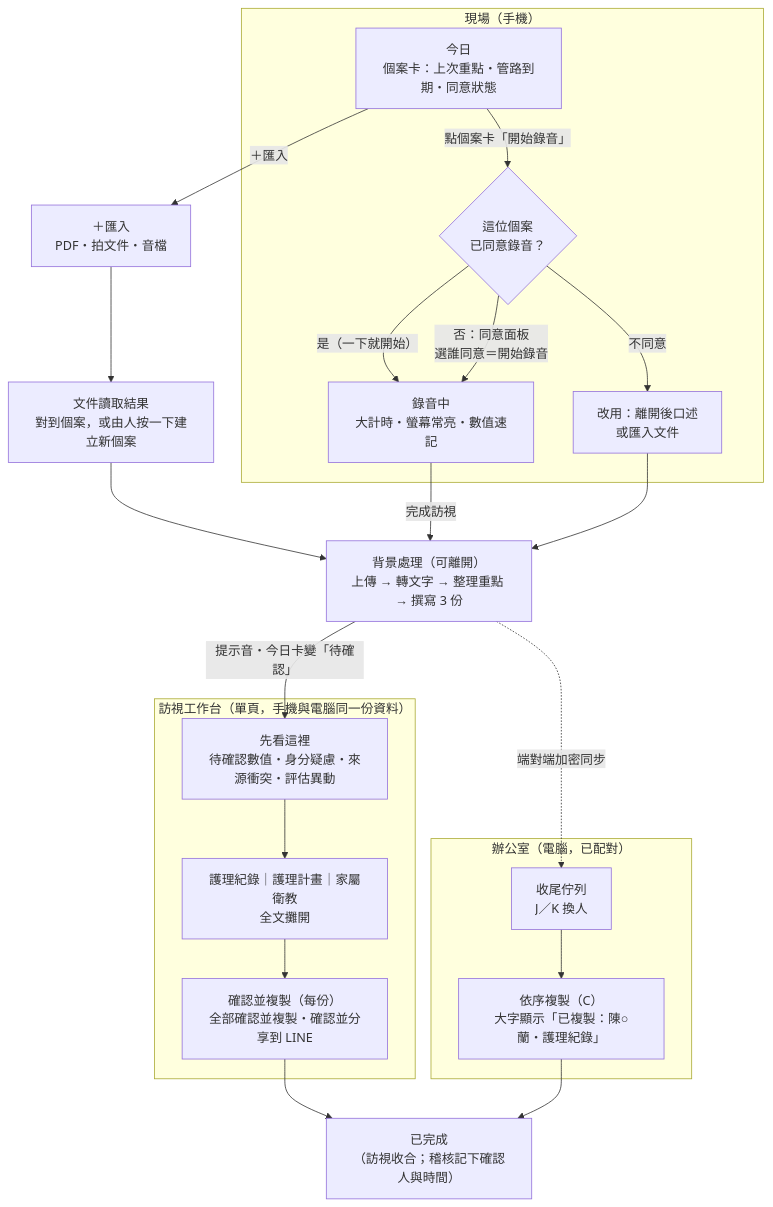
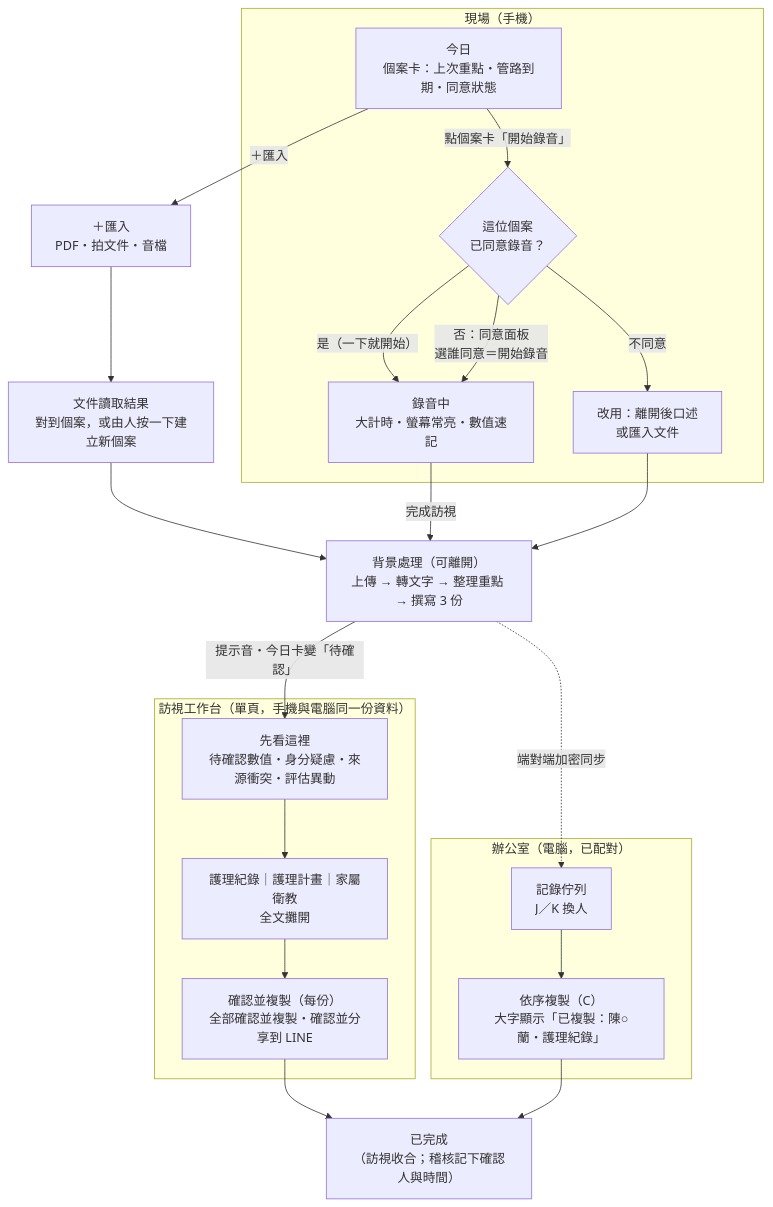
One commit to fanyenping/land changed the first of 5 diagrams in docs/02-user-flow.md. Above: the diagram before and after it, drawn with Mermaid. The commit also changed other lines of this file and 29 other files, not shown here.

````diff
--- a/docs/02-user-flow.md
+++ b/docs/02-user-flow.md
@@ -160,34 +160,34 @@
 ```mermaid
 flowchart TD
   subgraph FIELD["現場（手機）"]
     TODAY["今日<br/>個案卡：上次重點・管路到期・同意狀態"]
     CONSENT{"這位個案<br/>已同意錄音？"}
     REC["錄音中<br/>大計時・螢幕常亮・數值速記"]
     ALT["改用：離開後口述<br/>或匯入文件"]
     TODAY -->|"點個案卡「開始錄音」"| CONSENT
     CONSENT -->|"是（一下就開始）"| REC
     CONSENT -->|"否：同意面板<br/>選誰同意＝開始錄音"| REC
     CONSENT -->|"不同意"| ALT
   end
   IMPORT["＋匯入<br/>PDF・拍文件・音檔"]
   DOCRES["文件讀取結果<br/>對到個案，或由人按一下建立新個案"]
   PIPE["背景處理（可離開）<br/>上傳 → 轉文字 → 整理重點 → 撰寫 3 份"]
   TODAY -->|"＋匯入"| IMPORT --> DOCRES --> PIPE
   REC -->|"完成訪視"| PIPE
   ALT --> PIPE
   subgraph WS["訪視工作台（單頁，手機與電腦同一份資料）"]
     GATE["先看這裡<br/>待確認數值・身分疑慮・來源衝突・評估異動"]
     OUT["護理紀錄｜護理計畫｜家屬衛教<br/>全文攤開"]
     COPY["確認並複製（每份）<br/>全部確認並複製・確認並分享到 LINE"]
     GATE --> OUT --> COPY
   end
   PIPE -->|"提示音・今日卡變「待確認」"| GATE
   subgraph OFFICE["辦公室（電腦，已配對）"]
-    QUEUE["收尾佇列<br/>J／K 換人"]
+    QUEUE["記錄佇列<br/>J／K 換人"]
     SEQ["依序複製（C）<br/>大字顯示「已複製：陳○蘭・護理紀錄」"]
     QUEUE --> SEQ
   end
   PIPE -.->|"端對端加密同步"| QUEUE
   COPY --> DONE["已完成<br/>（訪視收合；稽核記下確認人與時間）"]
   SEQ --> DONE
 ```
````
